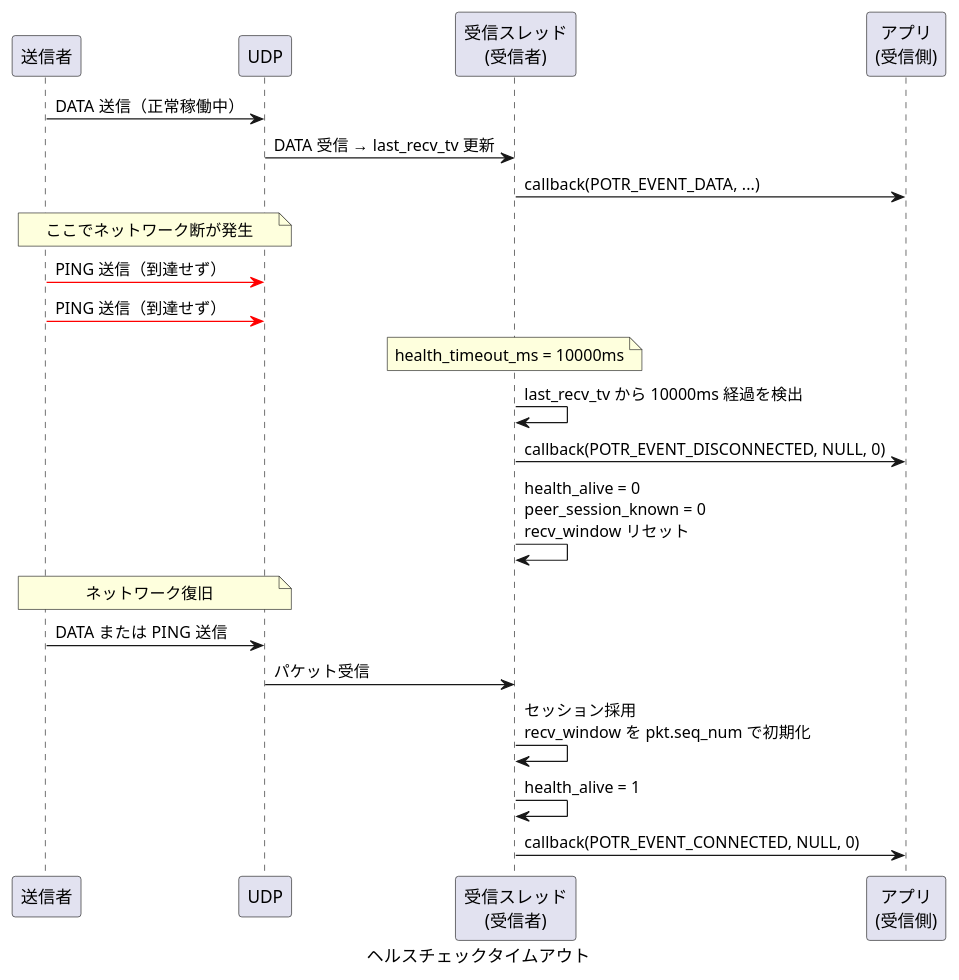
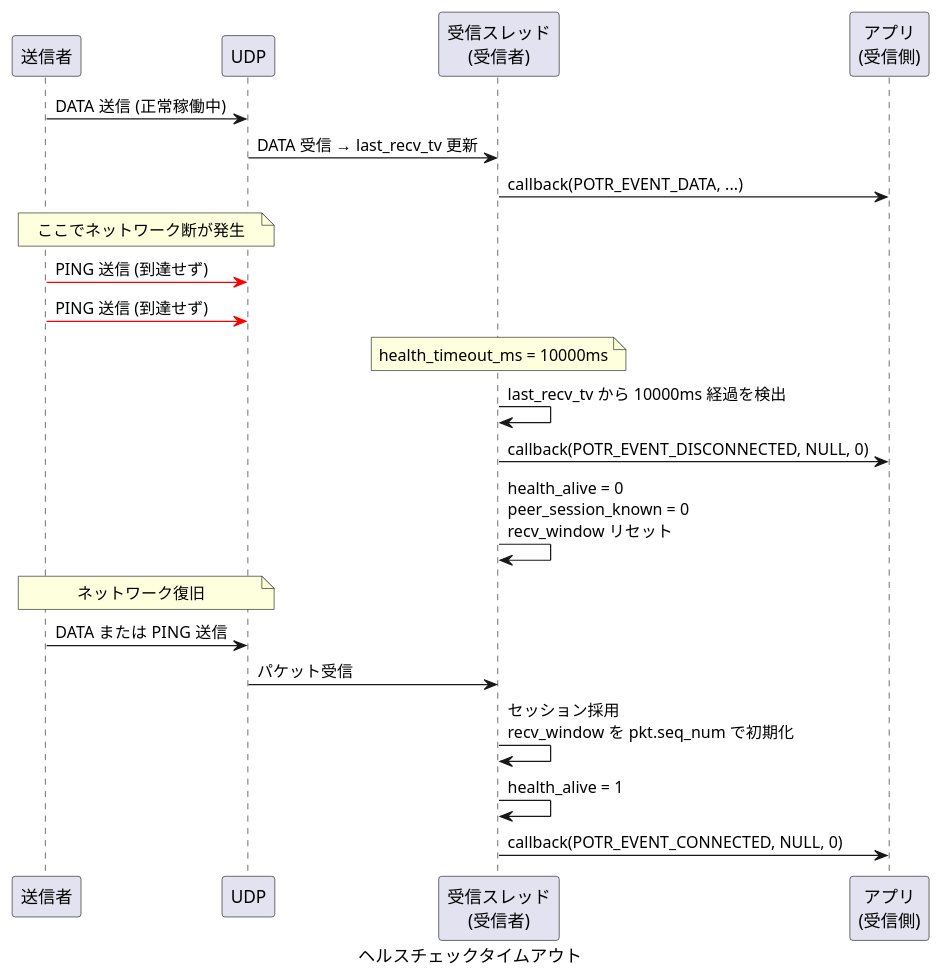
Before and after one commit to Hondarer/c-modernization-kit: the ninth of 12 diagrams in prod/porter/docs/sequence.md, drawn with PlantUML. The commit also changed other lines of this file and 5 other files, not shown here.

````diff
--- a/prod/porter/docs/sequence.md
+++ b/prod/porter/docs/sequence.md
@@ -315,36 +315,36 @@
 ```plantuml
 @startuml ヘルスチェックタイムアウト
 caption ヘルスチェックタイムアウト
 
 participant "送信者" as S
 participant "UDP" as UDP
 participant "受信スレッド\n(受信者)" as RRT
 participant "アプリ\n(受信側)" as RAPP
 
-S -> UDP: DATA 送信（正常稼働中）
+S -> UDP: DATA 送信 (正常稼働中)
 UDP -> RRT: DATA 受信 → last_recv_tv 更新
 RRT -> RAPP: callback(POTR_EVENT_DATA, ...)
 
 note over S, UDP: ここでネットワーク断が発生
 
-S -[#red]> UDP: PING 送信（到達せず）
-S -[#red]> UDP: PING 送信（到達せず）
+S -[#red]> UDP: PING 送信 (到達せず)
+S -[#red]> UDP: PING 送信 (到達せず)
 
 note over RRT: health_timeout_ms = 10000ms
 
 RRT -> RRT: last_recv_tv から 10000ms 経過を検出
 
 RRT -> RAPP: callback(POTR_EVENT_DISCONNECTED, NULL, 0)
 RRT -> RRT: health_alive = 0\npeer_session_known = 0\nrecv_window リセット
 
 note over S, UDP: ネットワーク復旧
 
 S -> UDP: DATA または PING 送信
 UDP -> RRT: パケット受信
 RRT -> RRT: セッション採用\nrecv_window を pkt.seq_num で初期化
 RRT -> RRT: health_alive = 1
 
 RRT -> RAPP: callback(POTR_EVENT_CONNECTED, NULL, 0)
 
 @enduml
 ```
````
